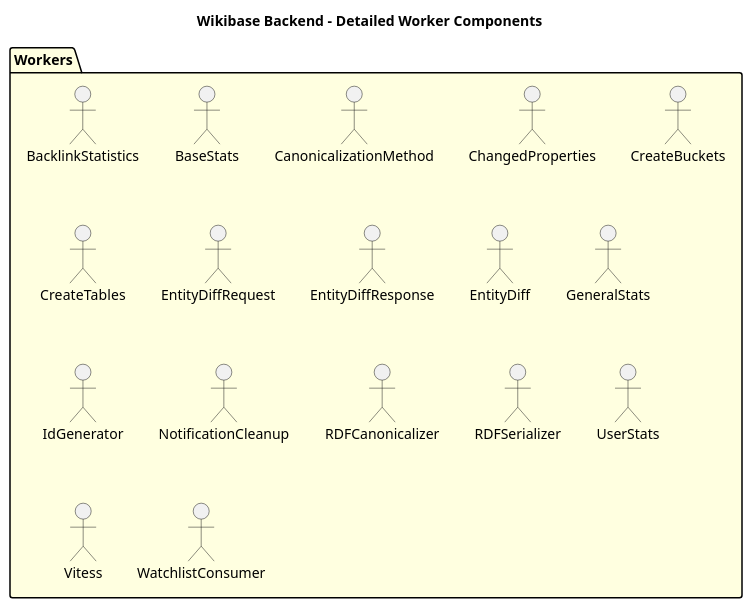
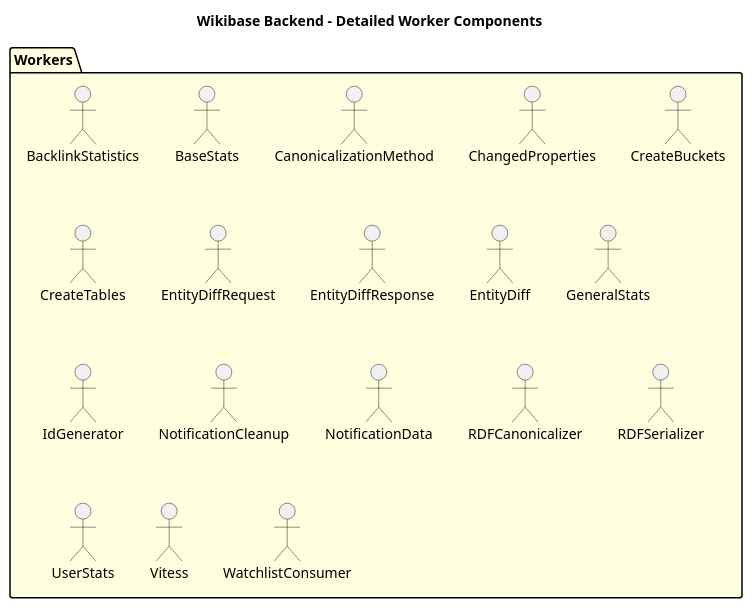
The diagram in doc/DIAGRAMS/detailed_worker_components.puml (dpriskorn/entitybase-backend), drawn with PlantUML before and after one commit. The commit also changed 114 other files, not shown here.

```diff
--- a/doc/DIAGRAMS/detailed_worker_components.puml
+++ b/doc/DIAGRAMS/detailed_worker_components.puml
@@ -1,25 +1,26 @@
 @startuml Detailed Worker Components
 
 title Wikibase Backend - Detailed Worker Components
 
 package "Workers" as Workers #LightYellow {
     "BacklinkStatistics" as BacklinkStatisticsWorker
     "BaseStats" as BaseStatsWorker
     "CanonicalizationMethod" as CanonicalizationMethod
     "ChangedProperties" as ChangedProperties
     "CreateBuckets" as CreateBuckets
     "CreateTables" as CreateTables
     "EntityDiffRequest" as EntityDiffRequest
     "EntityDiffResponse" as EntityDiffResponse
     "EntityDiff" as EntityDiffWorker
     "GeneralStats" as GeneralStatsWorker
     "IdGenerator" as IdGeneratorWorker
     "NotificationCleanup" as NotificationCleanupWorker
+    "NotificationData" as NotificationData
     "RDFCanonicalizer" as RDFCanonicalizer
     "RDFSerializer" as RDFSerializer
     "UserStats" as UserStatsWorker
     "Vitess" as VitessWorker
     "WatchlistConsumer" as WatchlistConsumerWorker
 }
 
 @enduml
```
